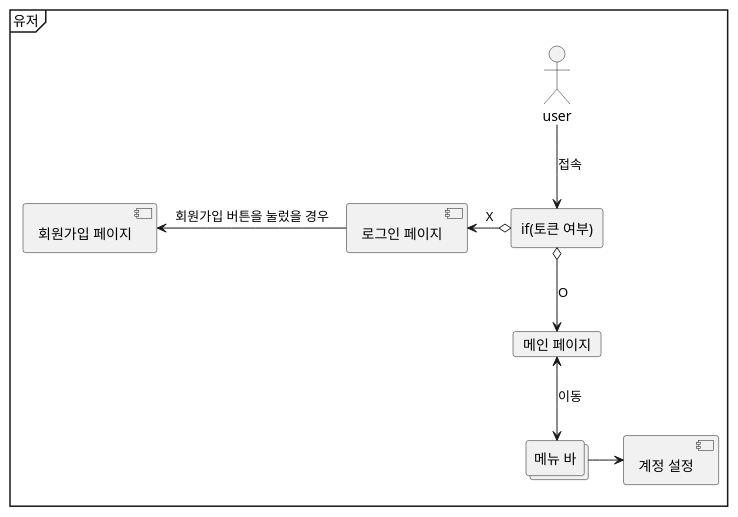
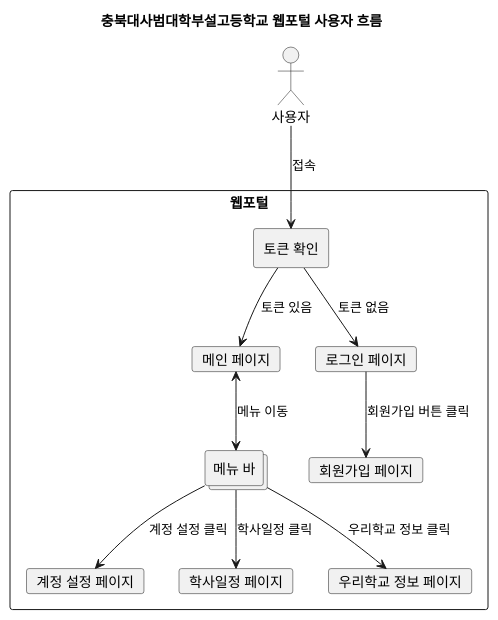
The diagram in diagram/user.puml (brillianintdoh/CNUH_Web_Portal), drawn with PlantUML before and after one commit. The commit also changed 4 other files, not shown here.

```diff
--- a/diagram/user.puml
+++ b/diagram/user.puml
@@ -1,16 +1,28 @@
 @startuml User
-mainframe 유저
-actor user
-card "메인 페이지" as main
-rectangle "if(토큰 여부)" as toke_is
-collections "메뉴 바" as menu
+title 충북대사범대학부설고등학교 웹포털 사용자 흐름
 
-[user] --> (toke_is) : 접속
+actor "사용자" as user
 
-toke_is O--> main : O
-[로그인 페이지] <-O toke_is : X
-[회원가입 페이지] <- [로그인 페이지] : "회원가입 버튼을 눌렀을 경우"
+rectangle "웹포털" {
+    card "메인 페이지" as main
+    rectangle "토큰 확인" as token_check
+    collections "메뉴 바" as menu
+    card "로그인 페이지" as login
+    card "회원가입 페이지" as register
+    card "계정 설정 페이지" as account_settings
+    card "학사일정 페이지" as calendar_page
+    card "우리학교 정보 페이지" as materials_page
+}
 
-main <--> menu : 이동
-menu -> [계정 설정]
+user --> token_check : 접속
+
+token_check --> main : 토큰 있음
+token_check --> login : 토큰 없음
+
+login --> register : 회원가입 버튼 클릭
+main <--> menu : 메뉴 이동
+menu --> account_settings : 계정 설정 클릭
+menu --> calendar_page : 학사일정 클릭
+menu --> materials_page : 우리학교 정보 클릭
+
 @enduml
```
